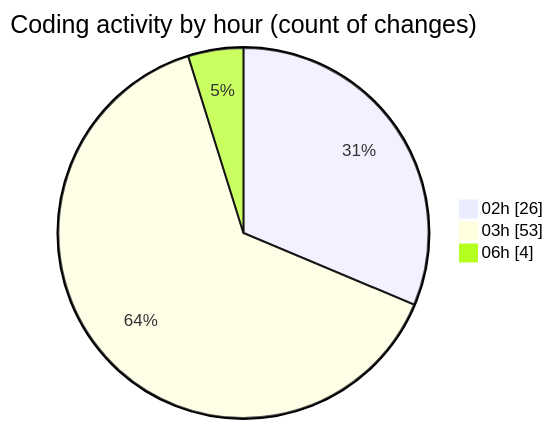
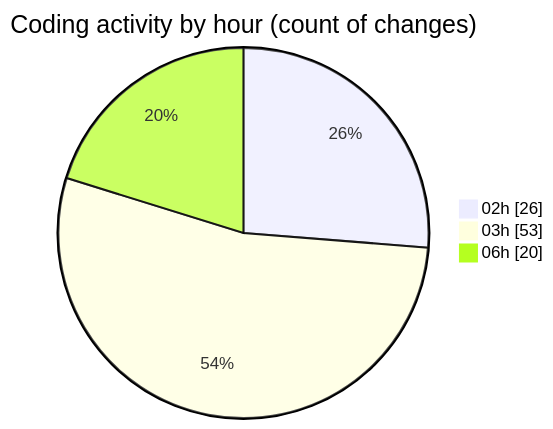
One commit to charlie-sans/code-tracking changed the second of 2 diagrams in 2025-02-22/micros/README.md. Above: the diagram before and after it, drawn with Mermaid. The commit also changed other lines of this file and 1 other file, not shown here.

````diff
--- a/2025-02-22/micros/README.md
+++ b/2025-02-22/micros/README.md
@@ -53,7 +63,7 @@
 ```mermaid
 pie showData
 title Coding activity by hour (count of changes)
 "02h" : 26
 "03h" : 53
-"06h" : 4
+"06h" : 20
 ```
````
